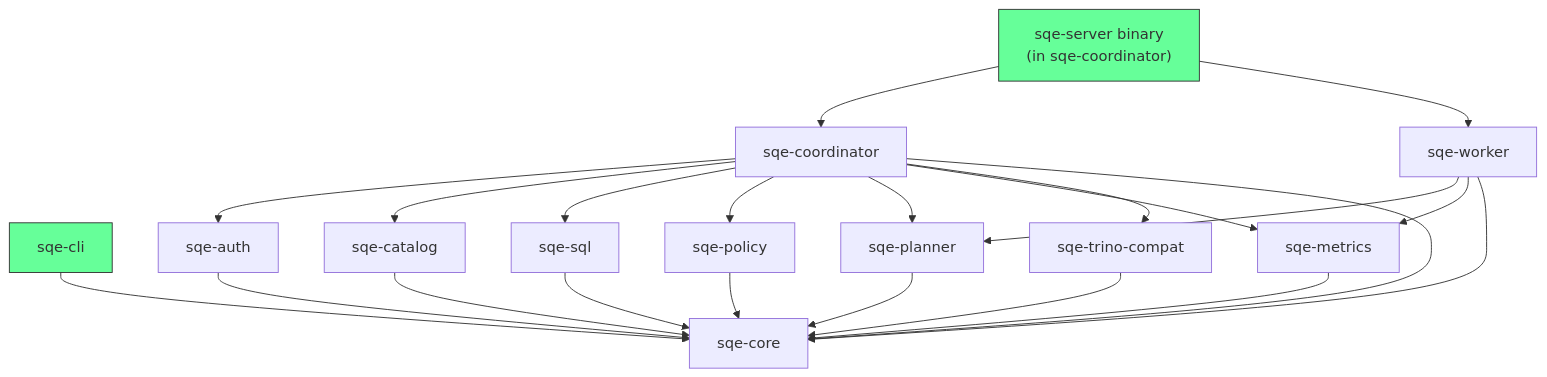
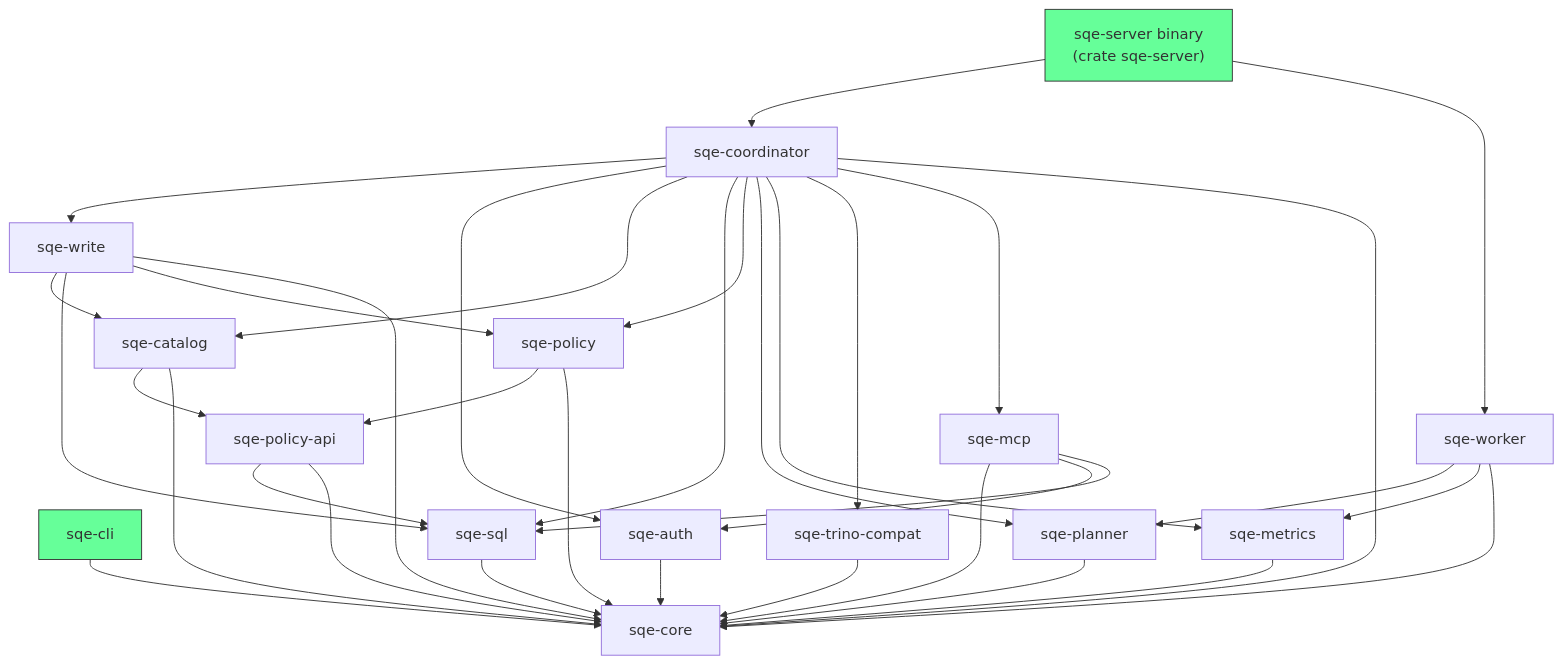
One commit to getsqe/docs changed the diagram in src/development/crates.md. Above: the diagram before and after it, drawn with Mermaid. The commit also changed other lines of this file and 74 other files, not shown here.

First line of the commit message:
content: refresh from SQE — V3 default, MCP, stale-text sweep

````diff
--- a/src/development/crates.md
+++ b/src/development/crates.md
@@ -7,34 +7,48 @@
 ```mermaid
 graph TB
-    SERVER["sqe-server binary<br/>(in sqe-coordinator)"]
+    SERVER["sqe-server binary<br/>(crate sqe-server)"]
     CLI["sqe-cli"]
 
     SERVER --> COORD["sqe-coordinator"]
     SERVER --> WORKER["sqe-worker"]
 
+    COORD --> WRITE["sqe-write"]
     COORD --> AUTH["sqe-auth"]
     COORD --> CAT["sqe-catalog"]
     COORD --> SQL["sqe-sql"]
     COORD --> POLICY["sqe-policy"]
     COORD --> PLANNER["sqe-planner"]
     COORD --> METRICS["sqe-metrics"]
     COORD --> TRINO["sqe-trino-compat"]
+    COORD --> MCP["sqe-mcp"]
     COORD --> CORE["sqe-core"]
 
     WORKER --> PLANNER
     WORKER --> METRICS
     WORKER --> CORE
 
+    WRITE --> CAT
+    WRITE --> SQL
+    WRITE --> POLICY
+    WRITE --> CORE
+
     AUTH --> CORE
+    CAT --> POLICYAPI["sqe-policy-api"]
     CAT --> CORE
     SQL --> CORE
+    POLICY --> POLICYAPI
     POLICY --> CORE
+    POLICYAPI --> SQL
+    POLICYAPI --> CORE
     PLANNER --> CORE
     METRICS --> CORE
     TRINO --> CORE
+    MCP --> CORE
+    MCP --> AUTH
+    MCP --> SQL
 
     CLI --> CORE
 
     style SERVER fill:#6f9,stroke:#333
     style CLI fill:#6f9,stroke:#333
 ```
````
